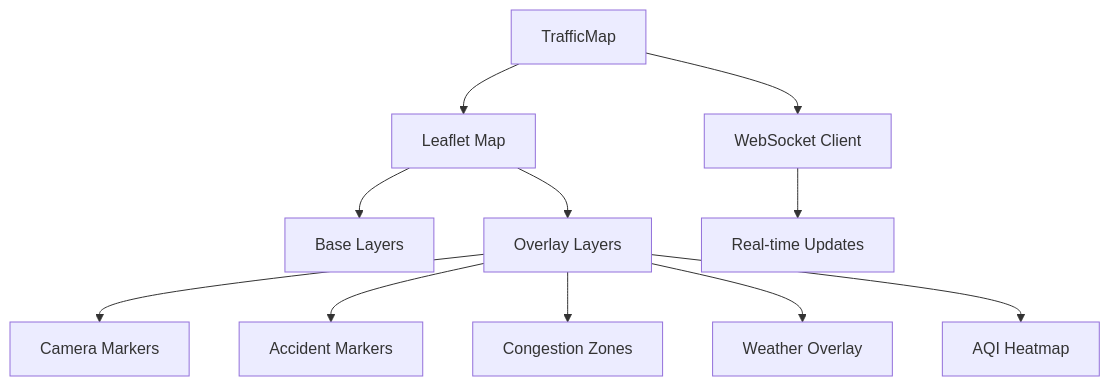
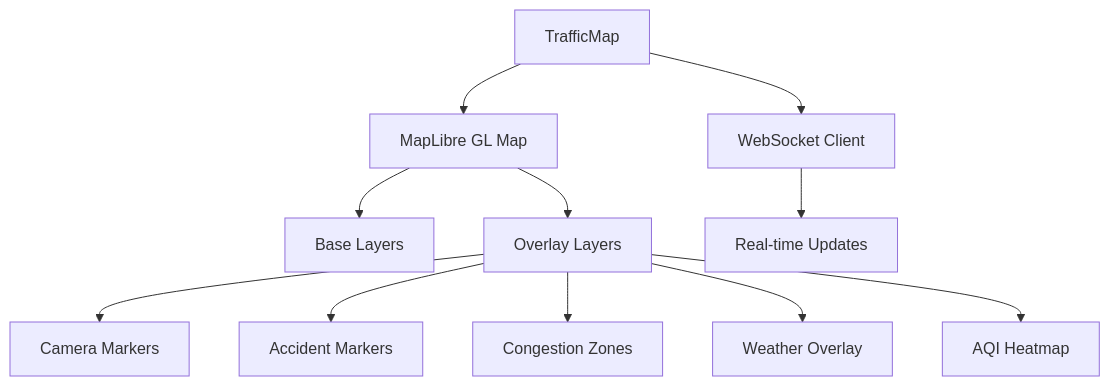
Before and after one commit to UIP-Urban-Intelligence-Platform/UIP-Urban_Intelligence_Platform: the diagram in docs/frontend/components/TrafficMap.md, drawn with Mermaid. The commit also changed other lines of this file and 141 other files, not shown here.

First line of the commit message:
feat: migrate from react-leaflet to react-map-gl + MapLibre GL JS for 100% MIT licensing

````diff
--- a/docs/frontend/components/TrafficMap.md
+++ b/docs/frontend/components/TrafficMap.md
@@ -31,13 +31,13 @@
 ```mermaid
 graph TB
-    A[TrafficMap] --> B[Leaflet Map]
+    A[TrafficMap] --> B[MapLibre GL Map]
     B --> C[Base Layers]
     B --> D[Overlay Layers]
     D --> E[Camera Markers]
     D --> F[Accident Markers]
     D --> G[Congestion Zones]
     D --> H[Weather Overlay]
     D --> I[AQI Heatmap]
     A --> J[WebSocket Client]
     J --> K[Real-time Updates]
 ```
````
